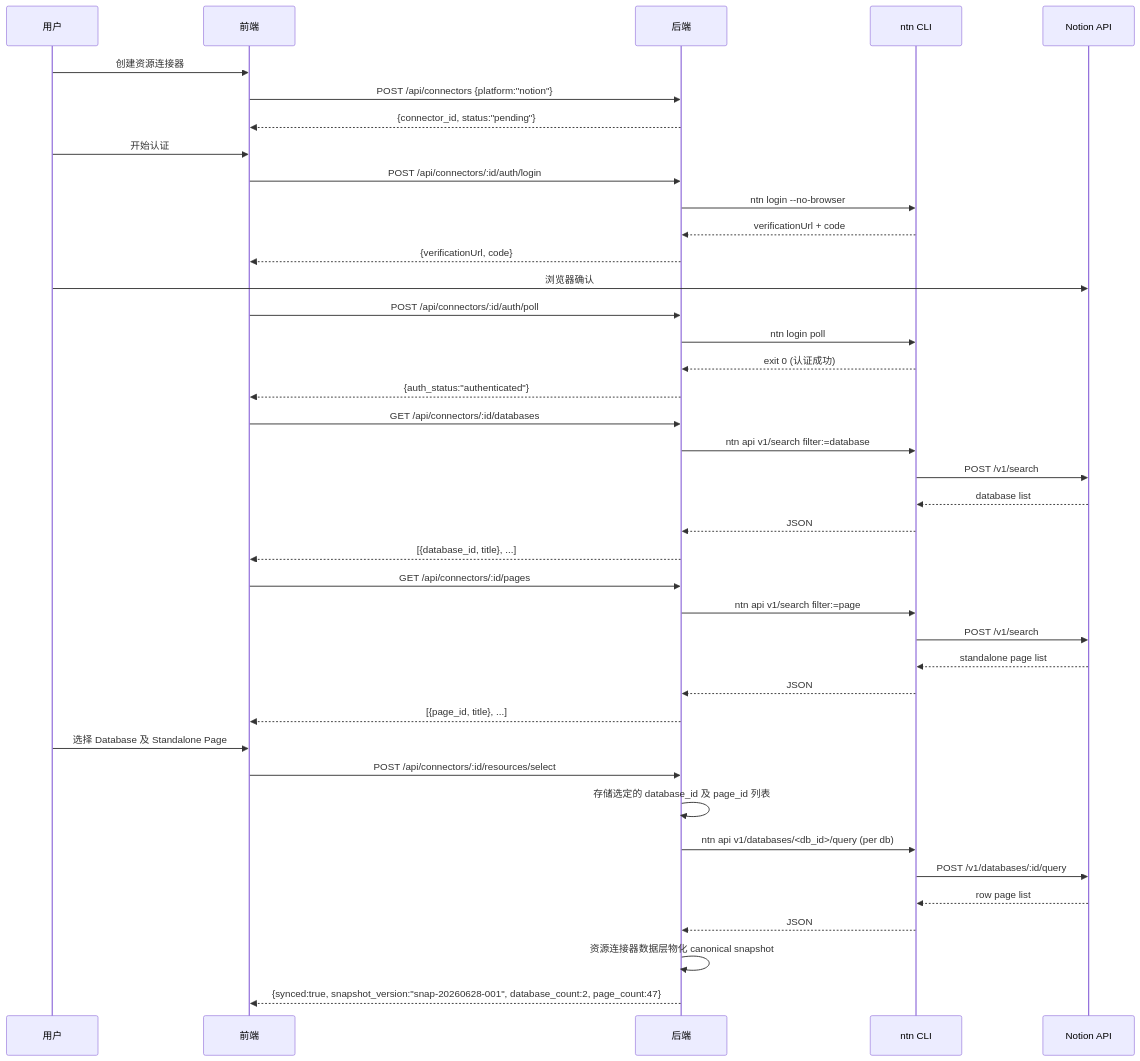
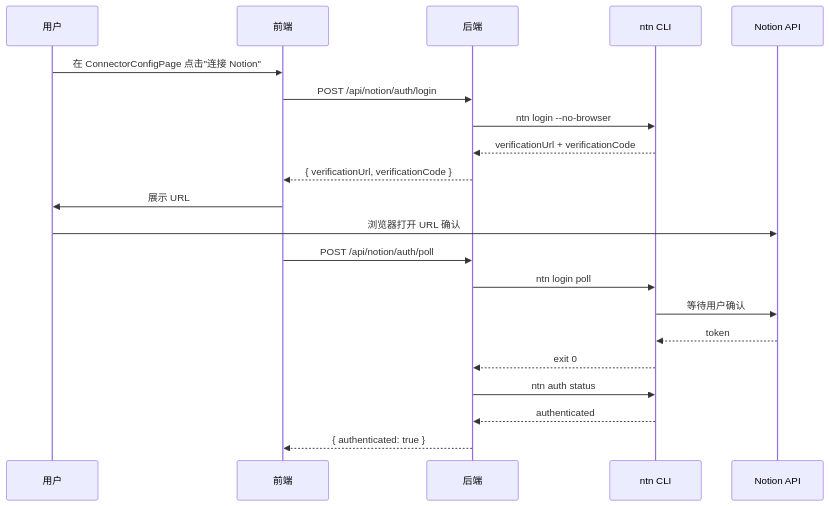
The first of 3 diagrams in docs/design/notion-session/connector-interaction.md (glide-the/im-dream), drawn with Mermaid before and after one commit. The commit also changed other lines of this file and 6 other files, not shown here.

Commit message:
docs: realign PRD/design docs with Chat entry & connector config sketches

````diff
--- a/docs/design/notion-session/connector-interaction.md
+++ b/docs/design/notion-session/connector-interaction.md
@@ -462,48 +442,24 @@
 ```mermaid
 sequenceDiagram
     participant User as 用户
     participant Front as 前端
     participant Back as 后端
     participant CLI as ntn CLI
     participant Notion as Notion API
 
-    User->>Front: 创建资源连接器
-    Front->>Back: POST /api/connectors {platform:"notion"}
-    Back-->>Front: {connector_id, status:"pending"}
-
-    User->>Front: 开始认证
-    Front->>Back: POST /api/connectors/:id/auth/login
+    User->>Front: 在 ConnectorConfigPage 点击"连接 Notion"
+    Front->>Back: POST /api/notion/auth/login
     Back->>CLI: ntn login --no-browser
-    CLI-->>Back: verificationUrl + code
-    Back-->>Front: {verificationUrl, code}
-    User->>Notion: 浏览器确认
-    Front->>Back: POST /api/connectors/:id/auth/poll
+    CLI-->>Back: verificationUrl + verificationCode
+    Back-->>Front: { verificationUrl, verificationCode }
+    Front->>User: 展示 URL
+    User->>Notion: 浏览器打开 URL 确认
+    Front->>Back: POST /api/notion/auth/poll
     Back->>CLI: ntn login poll
-    CLI-->>Back: exit 0 (认证成功)
-    Back-->>Front: {auth_status:"authenticated"}
-
-    Front->>Back: GET /api/connectors/:id/databases
-    Back->>CLI: ntn api v1/search filter:=database
-    CLI->>Notion: POST /v1/search
-    Notion-->>CLI: database list
-    CLI-->>Back: JSON
-    Back-->>Front: [{database_id, title}, ...]
-
-    Front->>Back: GET /api/connectors/:id/pages
-    Back->>CLI: ntn api v1/search filter:=page
-    CLI->>Notion: POST /v1/search
-    Notion-->>CLI: standalone page list
-    CLI-->>Back: JSON
-    Back-->>Front: [{page_id, title}, ...]
-
-    User->>Front: 选择 Database 及 Standalone Page
-    Front->>Back: POST /api/connectors/:id/resources/select
-    Back->>Back: 存储选定的 database_id 及 page_id 列表
-
-    Back->>CLI: ntn api v1/databases/<db_id>/query (per db)
-    CLI->>Notion: POST /v1/databases/:id/query
-    Notion-->>CLI: row page list
-    CLI-->>Back: JSON
-    Back->>Back: 资源连接器数据层物化 canonical snapshot
-    Back-->>Front: {synced:true, snapshot_version:"snap-20260628-001", database_count:2, page_count:47}
+    CLI->>Notion: 等待用户确认
+    Notion-->>CLI: token
+    CLI-->>Back: exit 0
+    Back->>CLI: ntn auth status
+    CLI-->>Back: authenticated
+    Back-->>Front: { authenticated: true }
 ```
````
